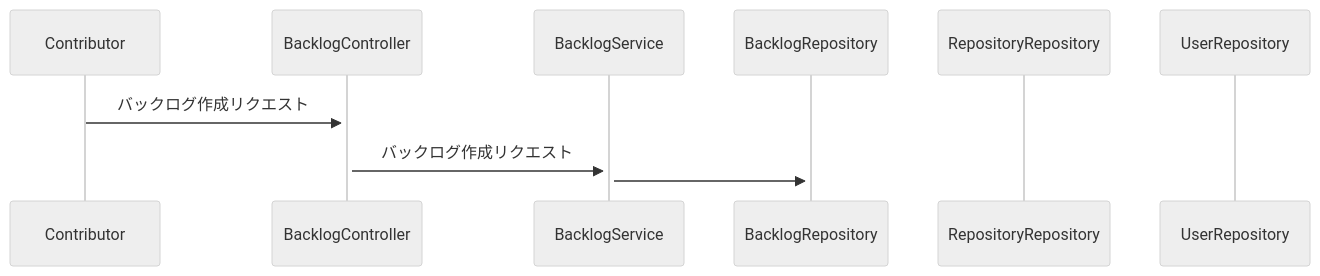
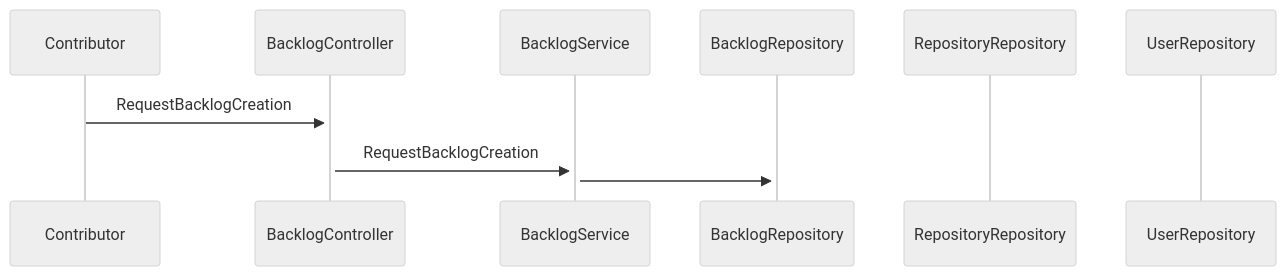
Before and after one commit to Escher-js/giant_dev_ai: the third of 5 diagrams in README.md, drawn with Mermaid (neutral theme). The commit also changed other lines of this file, not shown here.

````diff
--- a/README.md
+++ b/README.md
@@ -142,13 +141,13 @@
 ```mermaid
 sequenceDiagram
     participant Contributor
     participant BacklogController
     participant BacklogService
     participant BacklogRepository
     participant RepositoryRepository
     participant UserRepository
 
-    Contributor->>+BacklogController: バックログ作成リクエスト
-    BacklogController->>+BacklogService: バックログ作成リクエスト
+    Contributor->>+BacklogController: RequestBacklogCreation
+    BacklogController->>+BacklogService: RequestBacklogCreation
     BacklogService->>+BacklogRepository:
 ```
````
